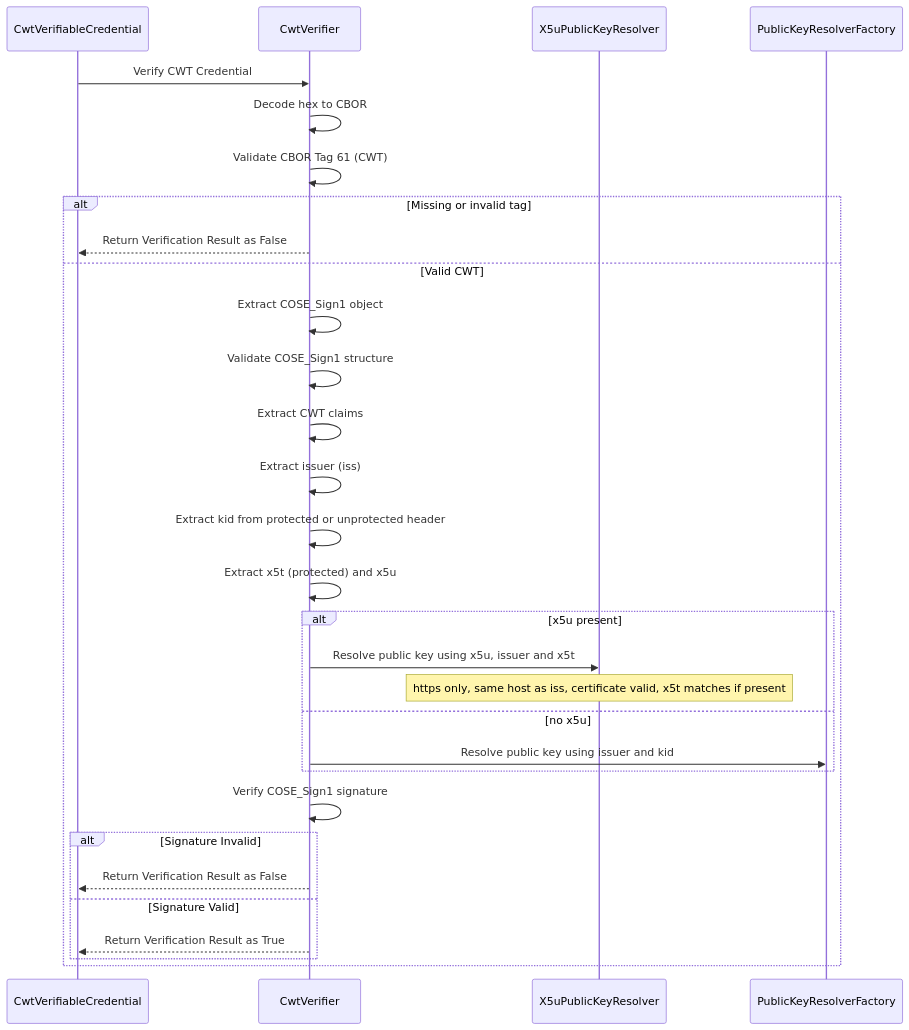
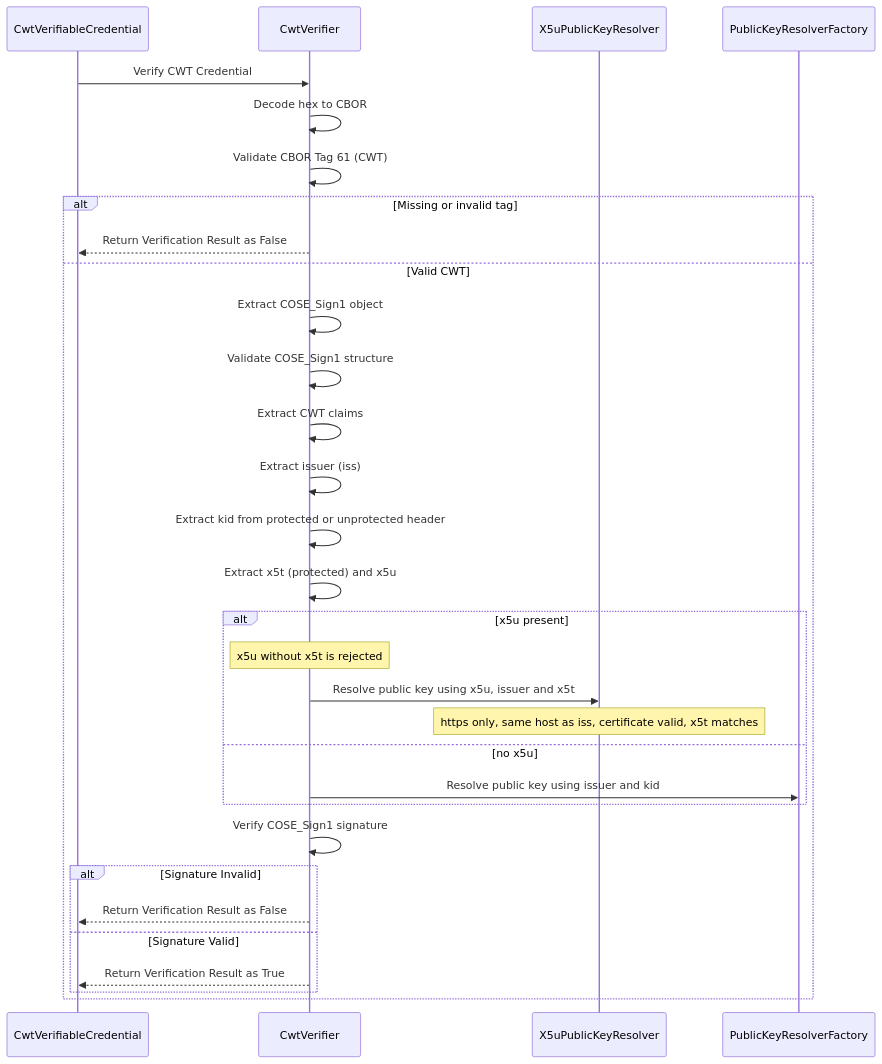
Before and after one commit to technocratblues/vc-verifier: the third of 3 diagrams in doc/cwt-vc-verification-support.md, drawn with Mermaid. The commit also changed other lines of this file and 18 other files, not shown here.

Commit message:
feat(cwt): allow only RFC 9360 x5u media types and require x5t with x5u

````diff
--- a/doc/cwt-vc-verification-support.md
+++ b/doc/cwt-vc-verification-support.md
@@ -92,31 +93,32 @@
 ```mermaid
 sequenceDiagram
 
    CwtVerifiableCredential->>CwtVerifier: Verify CWT Credential
    CwtVerifier->>CwtVerifier: Decode hex to CBOR
    CwtVerifier->>CwtVerifier: Validate CBOR Tag 61 (CWT)
    alt Missing or invalid tag
       CwtVerifier-->>CwtVerifiableCredential: Return Verification Result as False
    else Valid CWT
       CwtVerifier->>CwtVerifier: Extract COSE_Sign1 object
       CwtVerifier->>CwtVerifier: Validate COSE_Sign1 structure
       CwtVerifier->>CwtVerifier: Extract CWT claims
       CwtVerifier->>CwtVerifier: Extract issuer (iss)
       CwtVerifier->>CwtVerifier: Extract kid from protected or unprotected header
       CwtVerifier->>CwtVerifier: Extract x5t (protected) and x5u
       alt x5u present
+         Note over CwtVerifier: x5u without x5t is rejected
          CwtVerifier->>X5uPublicKeyResolver: Resolve public key using x5u, issuer and x5t
-         Note over X5uPublicKeyResolver: https only, same host as iss, certificate valid, x5t matches if present
+         Note over X5uPublicKeyResolver: https only, same host as iss, certificate valid, x5t matches
       else no x5u
          CwtVerifier->>PublicKeyResolverFactory: Resolve public key using issuer and kid
       end
       CwtVerifier->>CwtVerifier: Verify COSE_Sign1 signature
       alt Signature Invalid
          CwtVerifier-->>CwtVerifiableCredential: Return Verification Result as False
       else Signature Valid
          CwtVerifier-->>CwtVerifiableCredential: Return Verification Result as True
       end
    end
 
 
 ```
````
